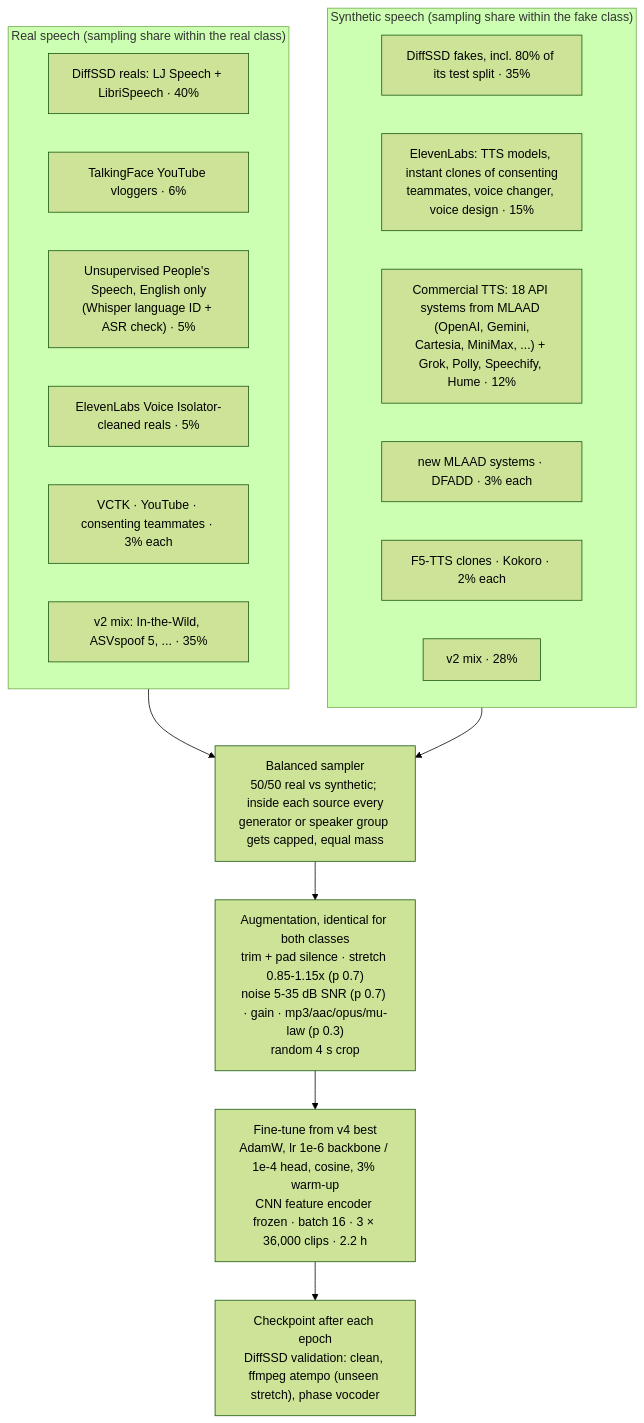
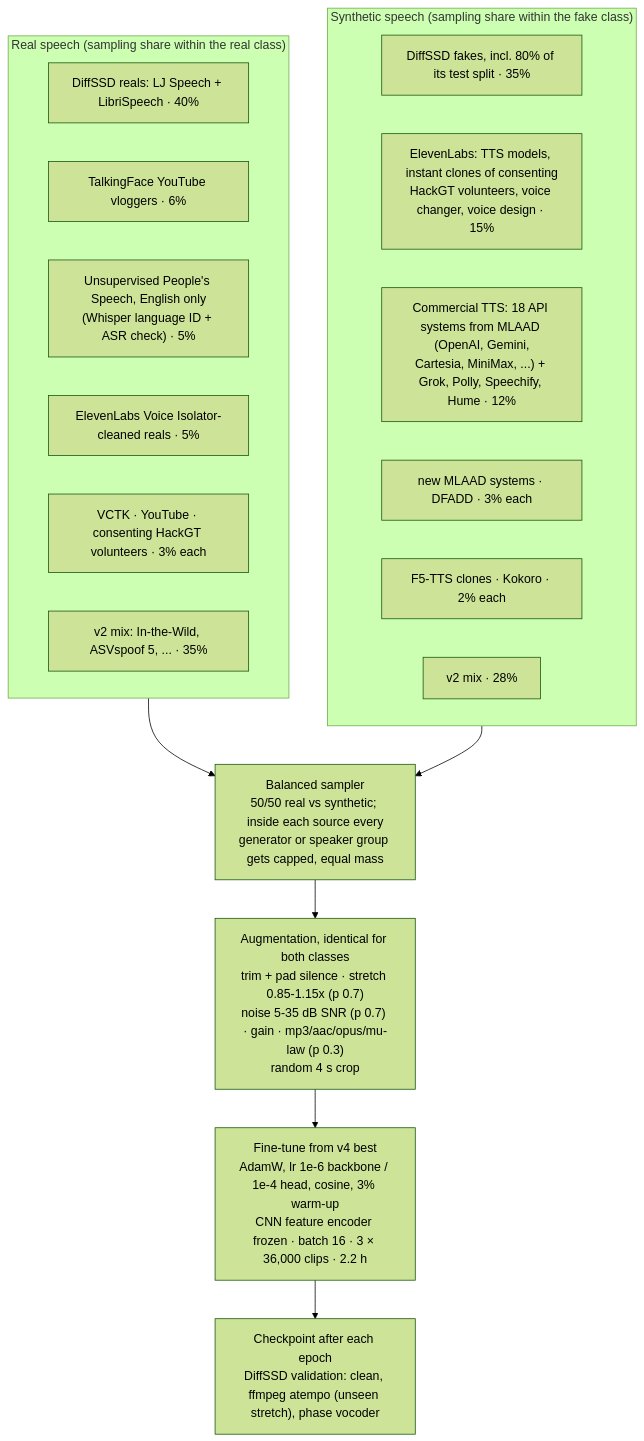
Before and after one commit to akashjainn/dispel: the third of 4 diagrams in docs/ARCHITECTURE.md, drawn with Mermaid (forest theme). The commit also changed other lines of this file and 4 other files, not shown here.

First line of the commit message:
docs: final NSA result (minDCF 0.1027); cloned voices are HackGT volunteers (#26)

````diff
--- a/docs/ARCHITECTURE.md
+++ b/docs/ARCHITECTURE.md
@@ -59,24 +59,24 @@
 ```mermaid
 flowchart TD
     subgraph REAL["Real speech (sampling share within the real class)"]
         R1["DiffSSD reals: LJ Speech + LibriSpeech · 40%"]
         R2["TalkingFace YouTube vloggers · 6%"]
         R3["Unsupervised People's Speech, English only<br/>(Whisper language ID + ASR check) · 5%"]
         R4["ElevenLabs Voice Isolator-cleaned reals · 5%"]
-        R5["VCTK · YouTube · consenting teammates · 3% each"]
+        R5["VCTK · YouTube · consenting HackGT volunteers · 3% each"]
         R6["v2 mix: In-the-Wild, ASVspoof 5, ... · 35%"]
     end
     subgraph FAKE["Synthetic speech (sampling share within the fake class)"]
         F1["DiffSSD fakes, incl. 80% of its test split · 35%"]
-        F2["ElevenLabs: TTS models, instant clones of consenting<br/>teammates, voice changer, voice design · 15%"]
+        F2["ElevenLabs: TTS models, instant clones of consenting<br/>HackGT volunteers, voice changer, voice design · 15%"]
         F3["Commercial TTS: 18 API systems from MLAAD (OpenAI, Gemini,<br/>Cartesia, MiniMax, ...) + Grok, Polly, Speechify, Hume · 12%"]
         F4["new MLAAD systems · DFADD · 3% each"]
         F5["F5-TTS clones · Kokoro · 2% each"]
         F6["v2 mix · 28%"]
     end
     REAL --> S["Balanced sampler<br/>50/50 real vs synthetic; inside each source every<br/>generator or speaker group gets capped, equal mass"]
     FAKE --> S
     S --> AUG["Augmentation, identical for both classes<br/>trim + pad silence · stretch 0.85-1.15x (p 0.7)<br/>noise 5-35 dB SNR (p 0.7) · gain · mp3/aac/opus/mu-law (p 0.3)<br/>random 4 s crop"]
     AUG --> T["Fine-tune from v4 best<br/>AdamW, lr 1e-6 backbone / 1e-4 head, cosine, 3% warm-up<br/>CNN feature encoder frozen · batch 16 · 3 × 36,000 clips · 2.2 h"]
     T --> CK["Checkpoint after each epoch<br/>DiffSSD validation: clean, ffmpeg atempo (unseen stretch), phase vocoder"]
 ```
````
